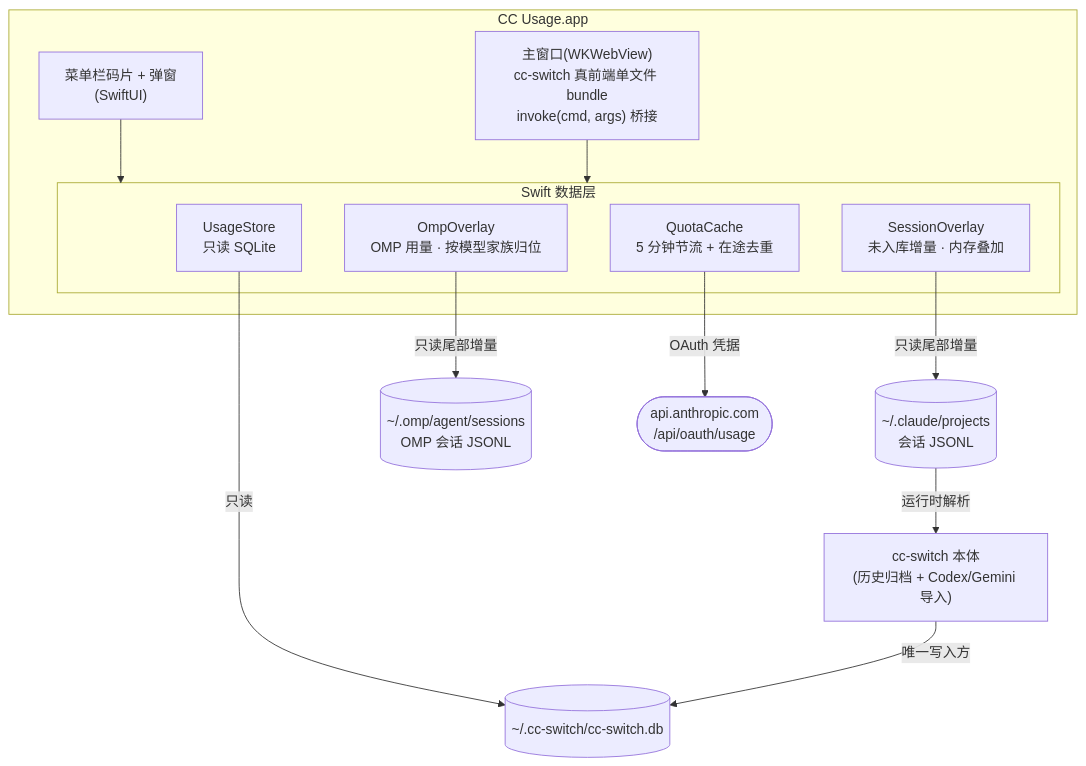
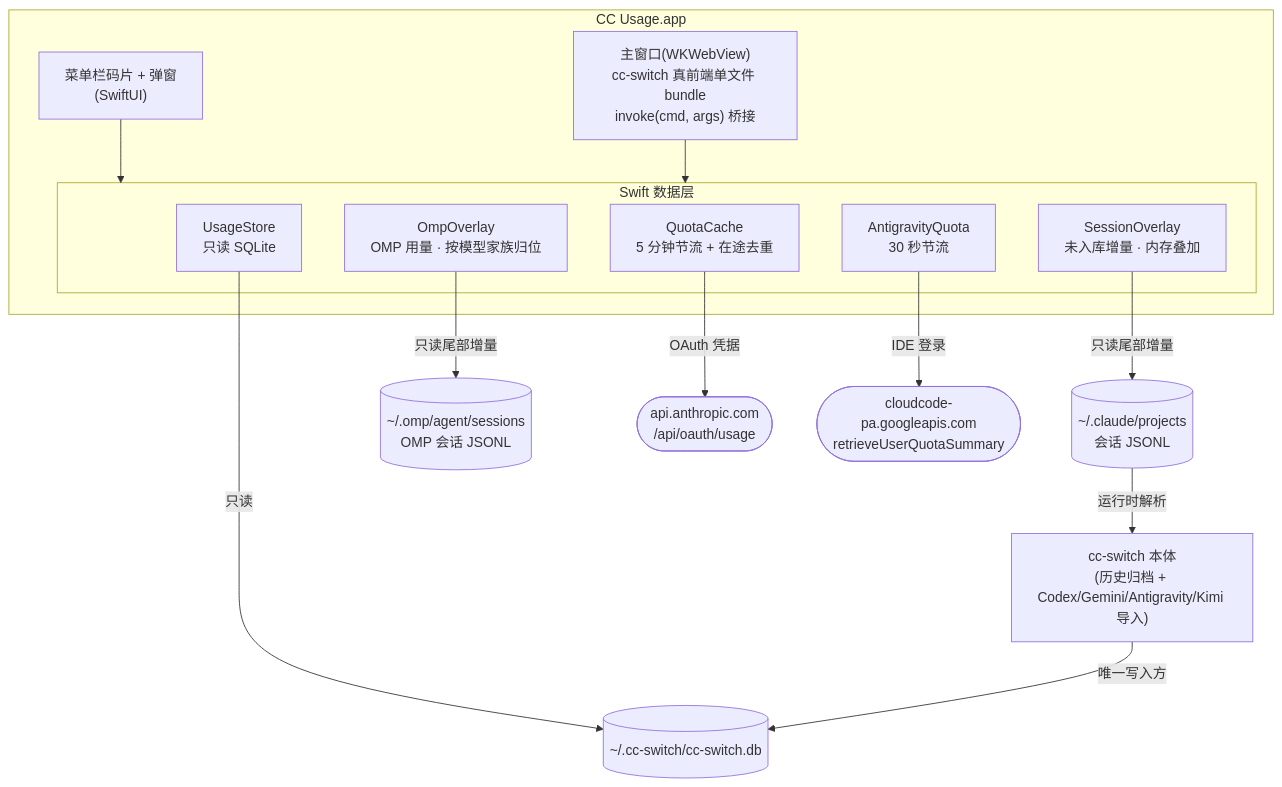
Before and after one commit to Eureka0w0v0/cc-usage: the diagram in README.zh-CN.md, drawn with Mermaid. The commit also changed other lines of this file and 1 other file, not shown here.

Commit message:
docs(readme): 跟进 v4.0.20 主窗口、Antigravity / Kimi Code 与 W / M 口径，隐私段补全网络请求

````diff
--- a/README.zh-CN.md
+++ b/README.zh-CN.md
@@ -82,27 +84,30 @@
 ```mermaid
 flowchart TB
     subgraph app["CC Usage.app"]
         menubar["菜单栏码片 + 弹窗<br/>(SwiftUI)"]
         panel["主窗口(WKWebView)<br/>cc-switch 真前端单文件 bundle<br/>invoke(cmd, args) 桥接"]
         subgraph layer["Swift 数据层"]
             UsageStore["UsageStore<br/>只读 SQLite"]
             SessionOverlay["SessionOverlay<br/>未入库增量 · 内存叠加"]
             OmpOverlay["OmpOverlay<br/>OMP 用量 · 按模型家族归位"]
+            AgyQuota["AntigravityQuota<br/>30 秒节流"]
             QuotaCache["QuotaCache<br/>5 分钟节流 + 在途去重"]
         end
         menubar --> layer
         panel --> layer
     end
     db[("~/.cc-switch/cc-switch.db")]
     jsonl[("~/.claude/projects<br/>会话 JSONL")]
     ompjsonl[("~/.omp/agent/sessions<br/>OMP 会话 JSONL")]
     api(["api.anthropic.com<br/>/api/oauth/usage"])
-    ccswitch["cc-switch 本体<br/>(历史归档 + Codex/Gemini 导入)"]
+    google(["cloudcode-pa.googleapis.com<br/>retrieveUserQuotaSummary"])
+    ccswitch["cc-switch 本体<br/>(历史归档 + Codex/Gemini/Antigravity/Kimi 导入)"]
 
     UsageStore -->|"只读"| db
     SessionOverlay -->|"只读尾部增量"| jsonl
     OmpOverlay -->|"只读尾部增量"| ompjsonl
     QuotaCache -->|"OAuth 凭据"| api
+    AgyQuota -->|"IDE 登录"| google
     jsonl -->|"运行时解析"| ccswitch
     ccswitch -->|"唯一写入方"| db
 ```
````
